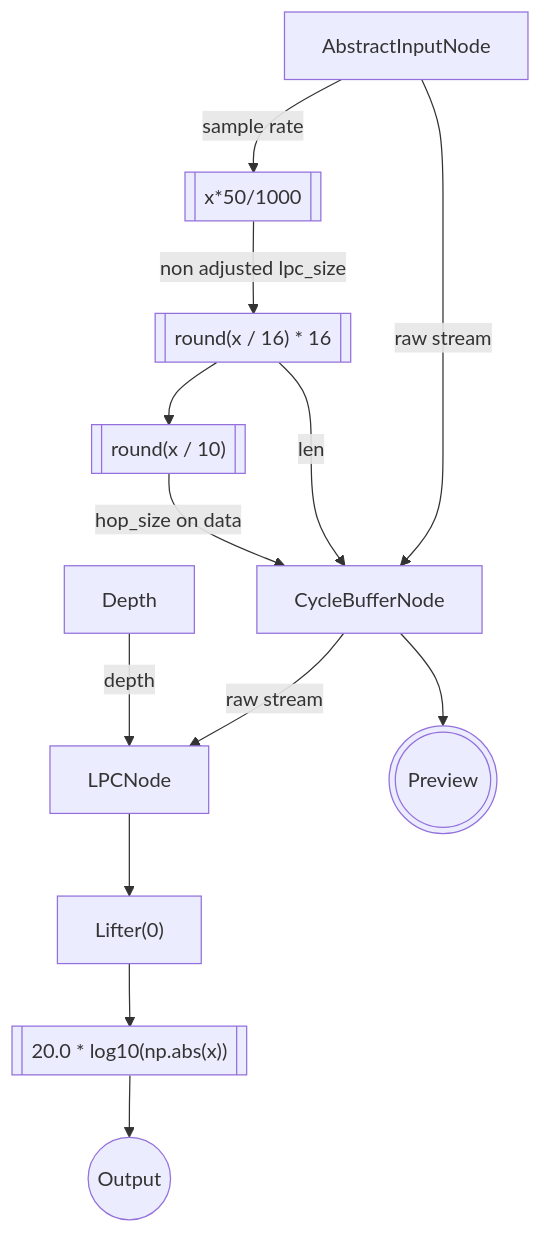
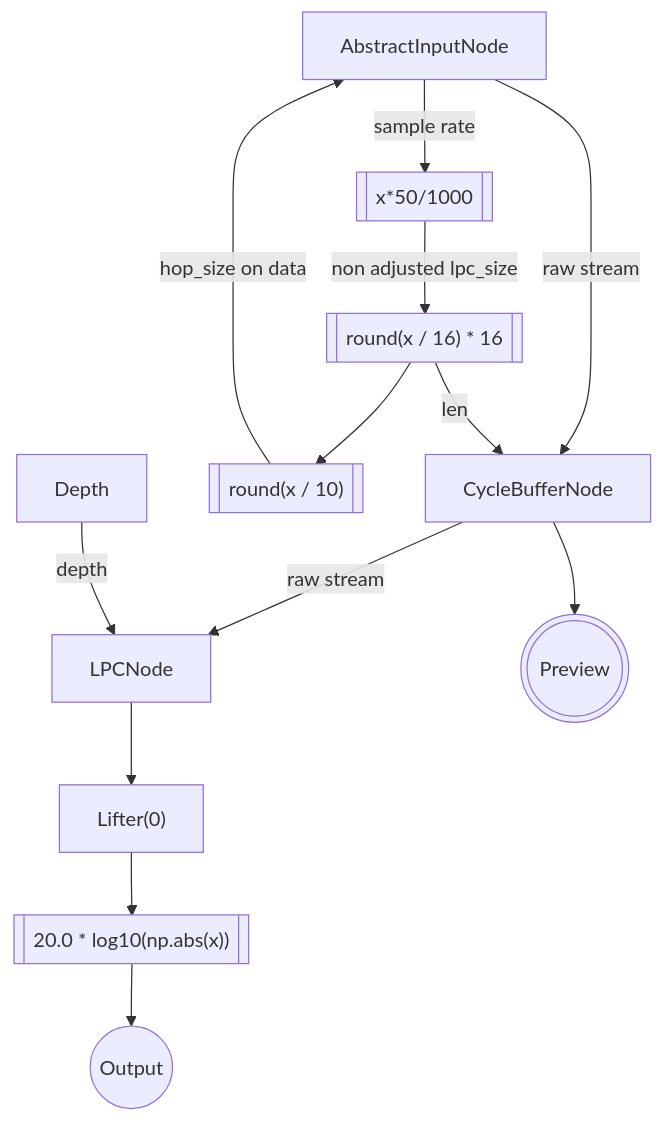
The third of 3 diagrams in doc/System.md (oligamiq/audio_analyzer), drawn with Mermaid before and after one commit. The commit also changed other lines of this file, not shown here.

Commit message:
update System.md to remove references to CycleBufferNode and adjust flowchart connections

````diff
--- a/doc/System.md
+++ b/doc/System.md
@@ -51,15 +48,15 @@
 ```mermaid
 flowchart TB
   AbstractInputNode-->|sample rate| AdjustCalcLPCSize[[x*50/1000]]
   AdjustCalcLPCSize-->|non adjusted lpc_size| CalcLPCSize[["round(x / 16) * 16"]]
   AbstractInputNode-->|raw stream| CycleBufferNode
   CalcLPCSize-->|len|CycleBufferNode
   CalcLPCSize-->CalcHopSize[["round(x / 10)"]]
-  CalcHopSize-->|hop_size on data|CycleBufferNode
+  CalcHopSize-->|hop_size on data|AbstractInputNode
   CycleBufferNode-->|raw stream|LPCNode
   Depth-->|depth|LPCNode
   CycleBufferNode-->Preview2(((Preview)))
   LPCNode-->Lifter["Lifter(0)"]
   Lifter-->CalcPowerSpectrum[["20.0 * log10(np.abs(x))"]]
   CalcPowerSpectrum-->OutputNode((Output))
 ```
````
